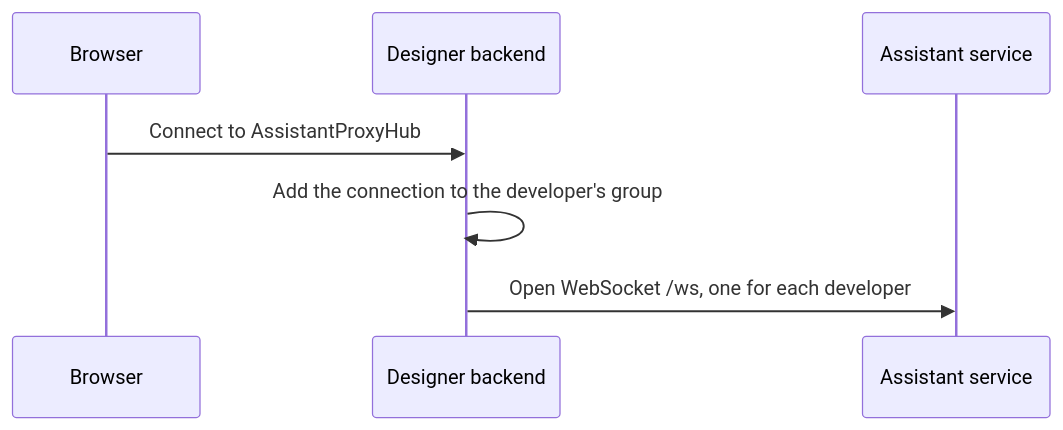
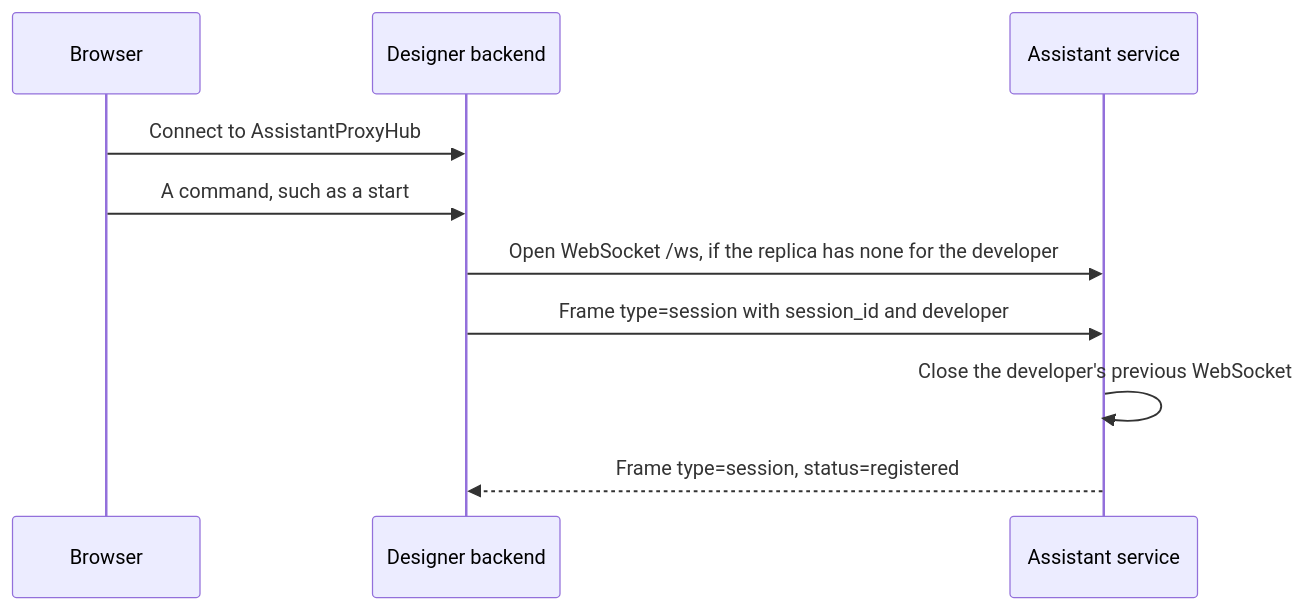
The third of 9 diagrams in src/AI/assistant/docs/2-system-context.md (Altinn/altinn-studio), drawn with Mermaid before and after one commit. The commit also changed other lines of this file and 9 other files, not shown here.

First line of the commit message:
fix(assistant): send a developer's events on one WebSocket

````diff
--- a/src/AI/assistant/docs/2-system-context.md
+++ b/src/AI/assistant/docs/2-system-context.md
@@ -41,9 +41,12 @@
 ```mermaid
 sequenceDiagram
   participant B as Browser
   participant D as Designer backend
   participant A as Assistant service
   B->>D: Connect to AssistantProxyHub
-  D->>D: Add the connection to the developer's group
-  D->>A: Open WebSocket /ws, one for each developer
+  B->>D: A command, such as a start
+  D->>A: Open WebSocket /ws, if the replica has none for the developer
+  D->>A: Frame type=session with session_id and developer
+  A->>A: Close the developer's previous WebSocket
+  A-->>D: Frame type=session, status=registered
 ```
````
